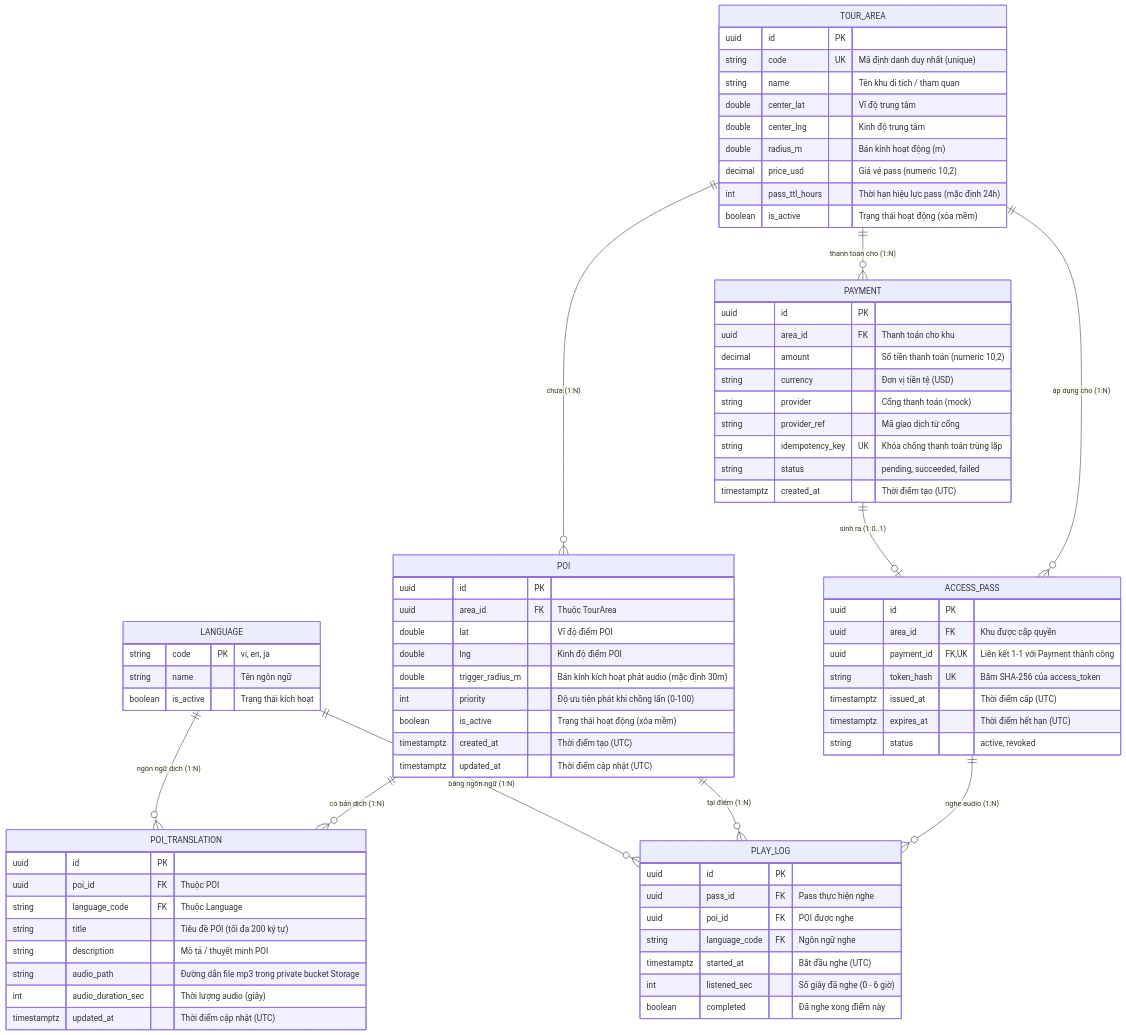
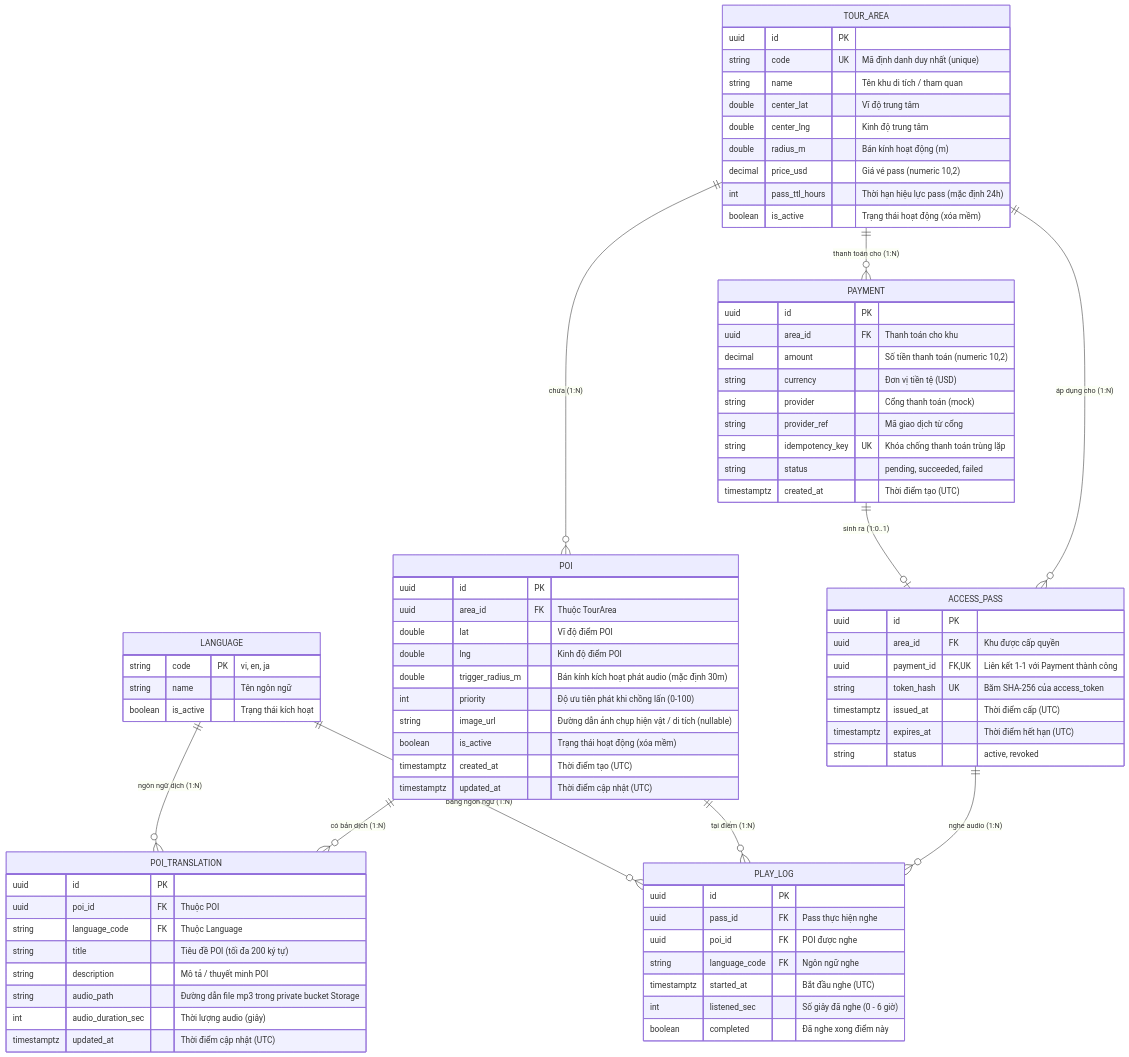
One commit to quang950/MultiGuide_1person changed the diagram in docs/ERD.md. Above: the diagram before and after it, drawn with Mermaid. The commit also changed other lines of this file and 20 other files, not shown here.

```diff
--- a/docs/ERD.md
+++ b/docs/ERD.md
@@ -43,6 +43,7 @@
         double lng "Kinh độ điểm POI"
         double trigger_radius_m "Bán kính kích hoạt phát audio (mặc định 30m)"
         int priority "Độ ưu tiên phát khi chồng lấn (0-100)"
+        string image_url "Đường dẫn ảnh chụp hiện vật / di tích (nullable)"
         boolean is_active "Trạng thái hoạt động (xóa mềm)"
         timestamptz created_at "Thời điểm tạo (UTC)"
         timestamptz updated_at "Thời điểm cập nhật (UTC)"
```
